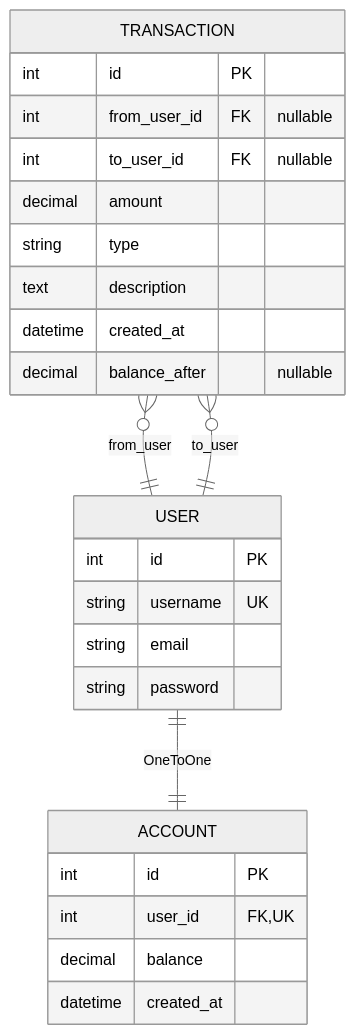
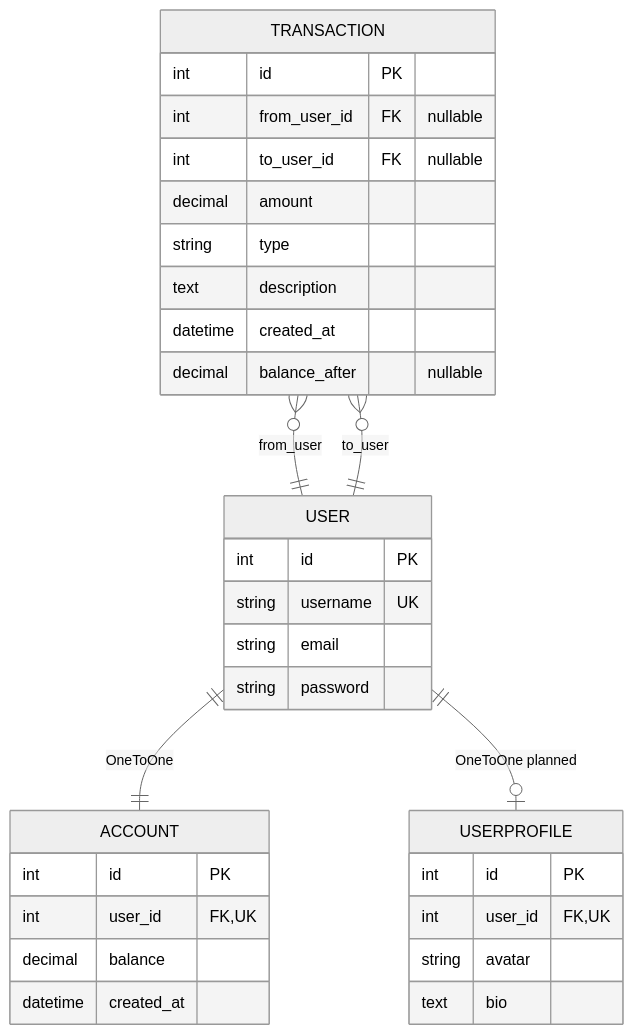
The diagram in docs/DATABASE.md (anibalrojosan/proggy-wallet), drawn with Mermaid (neutral theme) before and after one commit. The commit also changed other lines of this file and 9 other files, not shown here.

First line of the commit message:
docs: align stack to Django, add Phase 3.1/5 roadmap, ADR-04 avatars and update docs (#57)

````diff
--- a/docs/DATABASE.md
+++ b/docs/DATABASE.md
@@ -9,31 +11,39 @@
 ```mermaid
 erDiagram
     USER ||--|| ACCOUNT : "OneToOne"
+    USER ||--o| USERPROFILE : "OneToOne planned"
     "TRANSACTION" }o--|| USER : "from_user"
     "TRANSACTION" }o--|| USER : "to_user"
 
     USER {
         int id PK
         string username UK
         string email
         string password
+    }
+
+    USERPROFILE {
+        int id PK
+        int user_id FK, UK
+        string avatar
+        text bio
     }
 
     ACCOUNT {
         int id PK
         int user_id FK, UK
         decimal balance
         datetime created_at
     }
 
     "TRANSACTION" {
         int id PK
         int from_user_id FK "nullable"
         int to_user_id FK "nullable"
         decimal amount
         string type
         text description
         datetime created_at
         decimal balance_after "nullable"
     }
 ```
````
